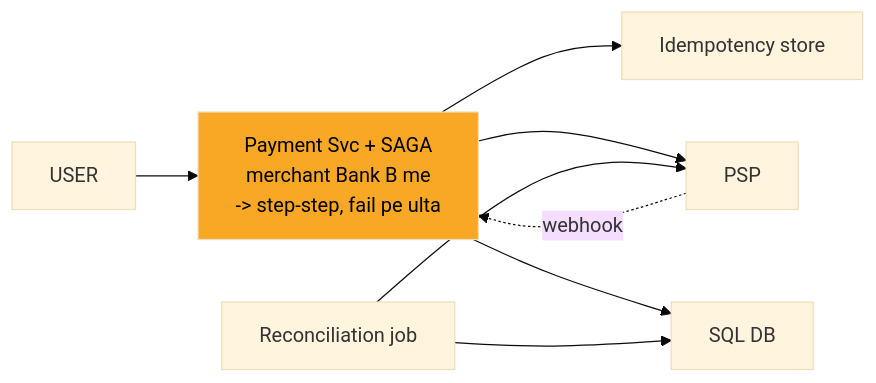
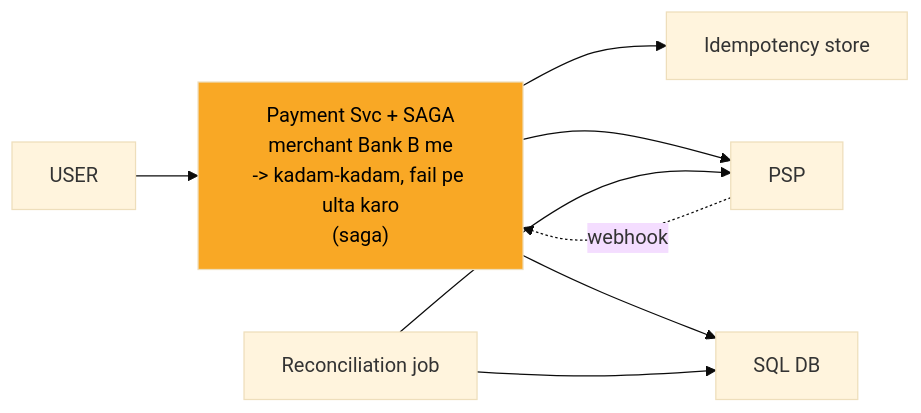
One commit to ArpanMaheshwari144/Prep changed the seventh of 12 diagrams in 04_HLD/SYSTEM_DESIGNS/06_payment_system/06_payment_system.md. Above: the diagram before and after it, drawn with Mermaid (base theme). The commit also changed other lines of this file and 13 other files, not shown here.

````diff
--- a/04_HLD/SYSTEM_DESIGNS/06_payment_system/06_payment_system.md
+++ b/04_HLD/SYSTEM_DESIGNS/06_payment_system/06_payment_system.md
@@ -265,17 +265,17 @@
 ```mermaid
 flowchart LR
     n_USER["USER"]
-    n_Payment_Svc["Payment Svc + SAGA<br/>merchant Bank B me<br/>-> step-step, fail pe ulta"]
+    n_Payment_Svc["Payment Svc + SAGA<br/>merchant Bank B me<br/>-> kadam-kadam, fail pe ulta karo<br/>(saga)"]
     n_Idempotency_store["Idempotency store"]
     n_PSP["PSP"]
     n_DB["SQL DB"]
     n_Reconciliation_job["Reconciliation job"]
     n_USER --> n_Payment_Svc
     n_Payment_Svc --> n_Idempotency_store
     n_Payment_Svc --> n_PSP
     n_Payment_Svc --> n_DB
     n_Reconciliation_job --> n_DB
     n_Reconciliation_job --> n_PSP
     n_PSP -.->|webhook| n_Payment_Svc
     style n_Payment_Svc fill:#f9a825,color:#000
 ```
````
